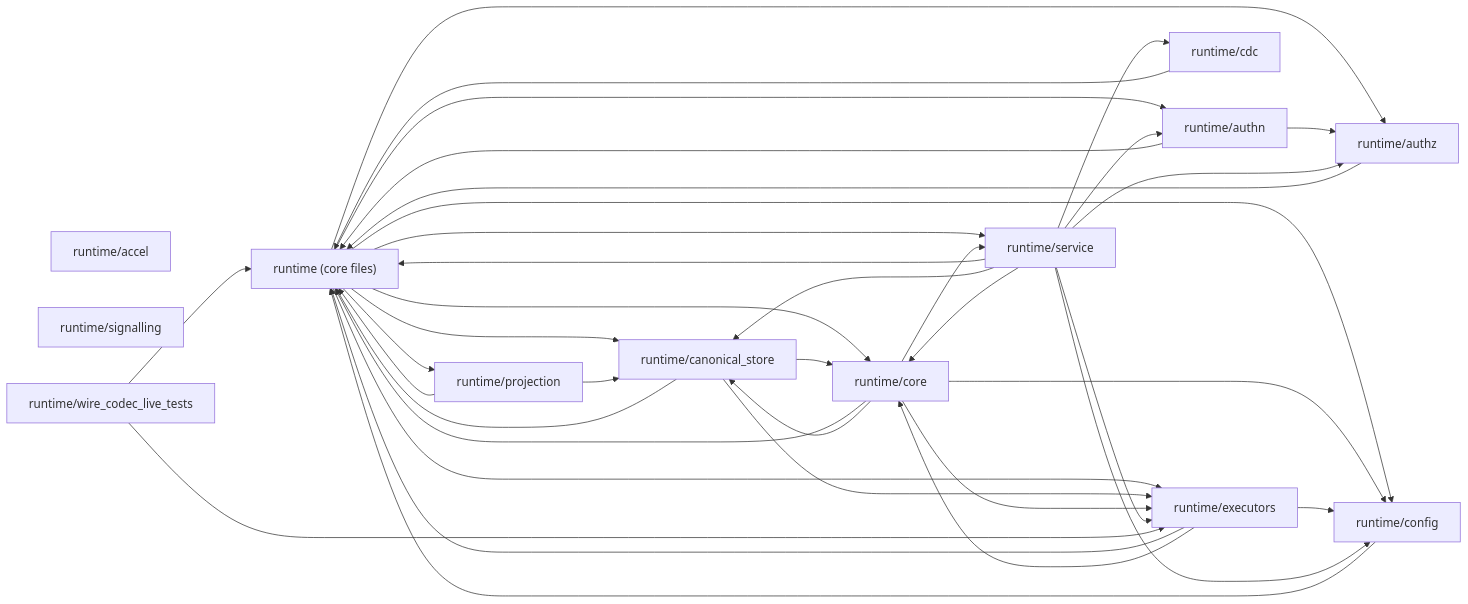
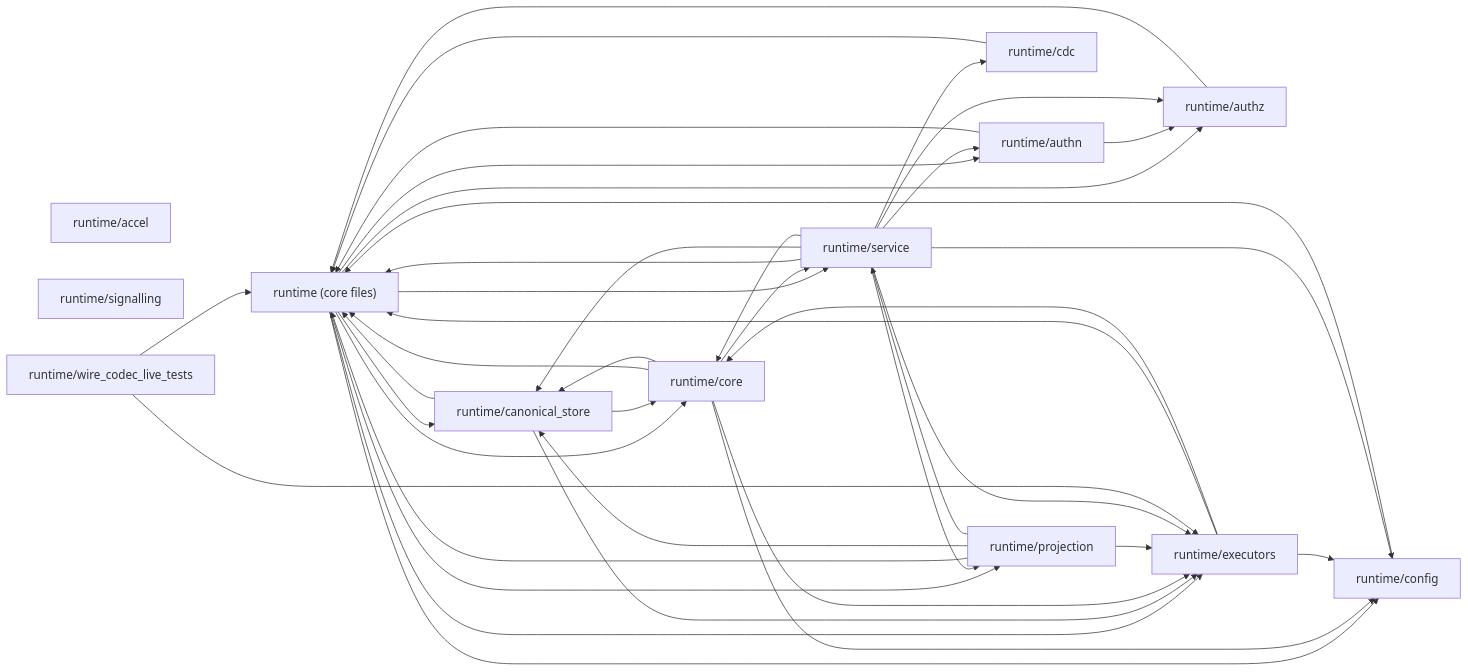
One commit to fahara02/udb changed the second of 2 diagrams in docs/generated/codebase-map.md. Above: the diagram before and after it, drawn with Mermaid. The commit also changed other lines of this file and 168 other files, not shown here.

````diff
--- a/docs/generated/codebase-map.md
+++ b/docs/generated/codebase-map.md
@@ -56,52 +56,55 @@
 ```mermaid
 graph LR
   runtime__core_files_["runtime (core files)"]
   runtime_accel["runtime/accel"]
   runtime_authn["runtime/authn"]
   runtime_authz["runtime/authz"]
   runtime_canonical_store["runtime/canonical_store"]
   runtime_cdc["runtime/cdc"]
   runtime_config["runtime/config"]
   runtime_core["runtime/core"]
   runtime_executors["runtime/executors"]
   runtime_projection["runtime/projection"]
   runtime_service["runtime/service"]
   runtime_signalling["runtime/signalling"]
   runtime_wire_codec_live_tests["runtime/wire_codec_live_tests"]
   runtime__core_files_ --> runtime_authn
   runtime__core_files_ --> runtime_authz
   runtime__core_files_ --> runtime_canonical_store
   runtime__core_files_ --> runtime_config
   runtime__core_files_ --> runtime_core
   runtime__core_files_ --> runtime_executors
   runtime__core_files_ --> runtime_projection
   runtime__core_files_ --> runtime_service
   runtime_authn --> runtime__core_files_
   runtime_authn --> runtime_authz
   runtime_authz --> runtime__core_files_
   runtime_canonical_store --> runtime__core_files_
   runtime_canonical_store --> runtime_core
   runtime_canonical_store --> runtime_executors
   runtime_cdc --> runtime__core_files_
   runtime_config --> runtime__core_files_
   runtime_core --> runtime__core_files_
   runtime_core --> runtime_canonical_store
   runtime_core --> runtime_config
   runtime_core --> runtime_executors
   runtime_core --> runtime_service
   runtime_executors --> runtime__core_files_
   runtime_executors --> runtime_config
   runtime_executors --> runtime_core
   runtime_projection --> runtime__core_files_
   runtime_projection --> runtime_canonical_store
+  runtime_projection --> runtime_executors
+  runtime_projection --> runtime_service
   runtime_service --> runtime__core_files_
   runtime_service --> runtime_authn
   runtime_service --> runtime_authz
   runtime_service --> runtime_canonical_store
   runtime_service --> runtime_cdc
   runtime_service --> runtime_config
   runtime_service --> runtime_core
   runtime_service --> runtime_executors
+  runtime_service --> runtime_projection
   runtime_wire_codec_live_tests --> runtime__core_files_
   runtime_wire_codec_live_tests --> runtime_executors
 ```
````
